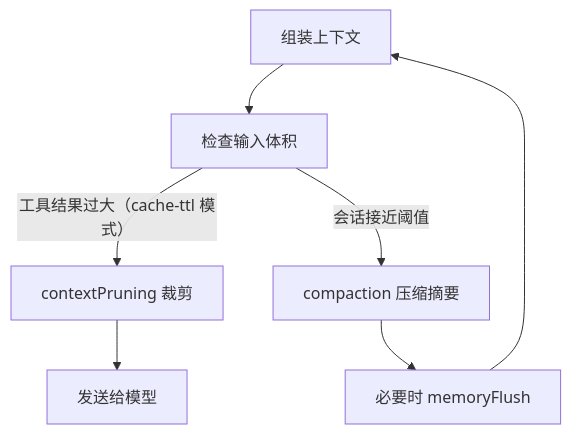
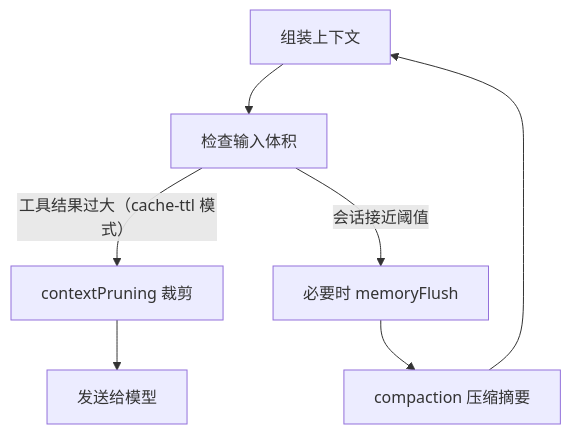
One commit to yeasy/openclaw_guide changed the diagram in 06_context_memory/6.4_compaction_pruning.md. Above: the diagram before and after it, drawn with Mermaid. The commit also changed other lines of this file and 44 other files, not shown here.

````diff
--- a/06_context_memory/6.4_compaction_pruning.md
+++ b/06_context_memory/6.4_compaction_pruning.md
@@ -25,9 +25,9 @@
 ```mermaid
 flowchart TD
   A["组装上下文"] --> B["检查输入体积"]
   B -->|"工具结果过大（cache-ttl 模式）"| C["contextPruning 裁剪"]
   C --> D["发送给模型"]
-  B -->|"会话接近阈值"| E["compaction 压缩摘要"]
-  E --> F["必要时 memoryFlush"]
+  B -->|"会话接近阈值"| E["必要时 memoryFlush"]
+  E --> F["compaction 压缩摘要"]
   F --> A
 ```
````
